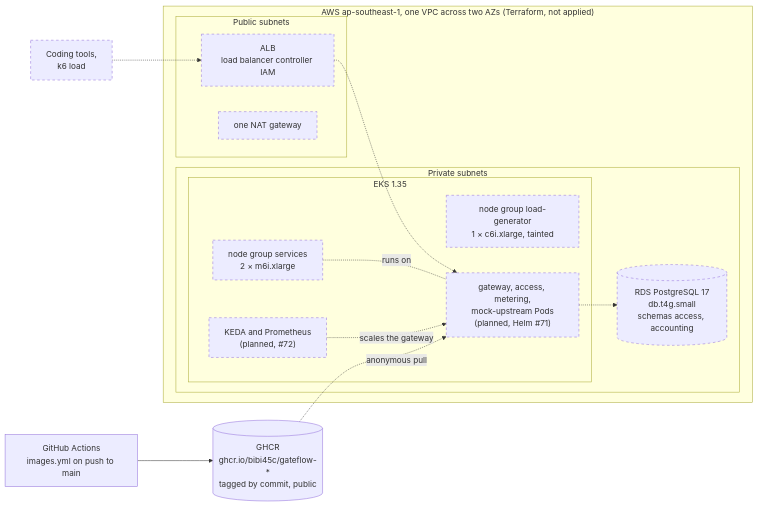
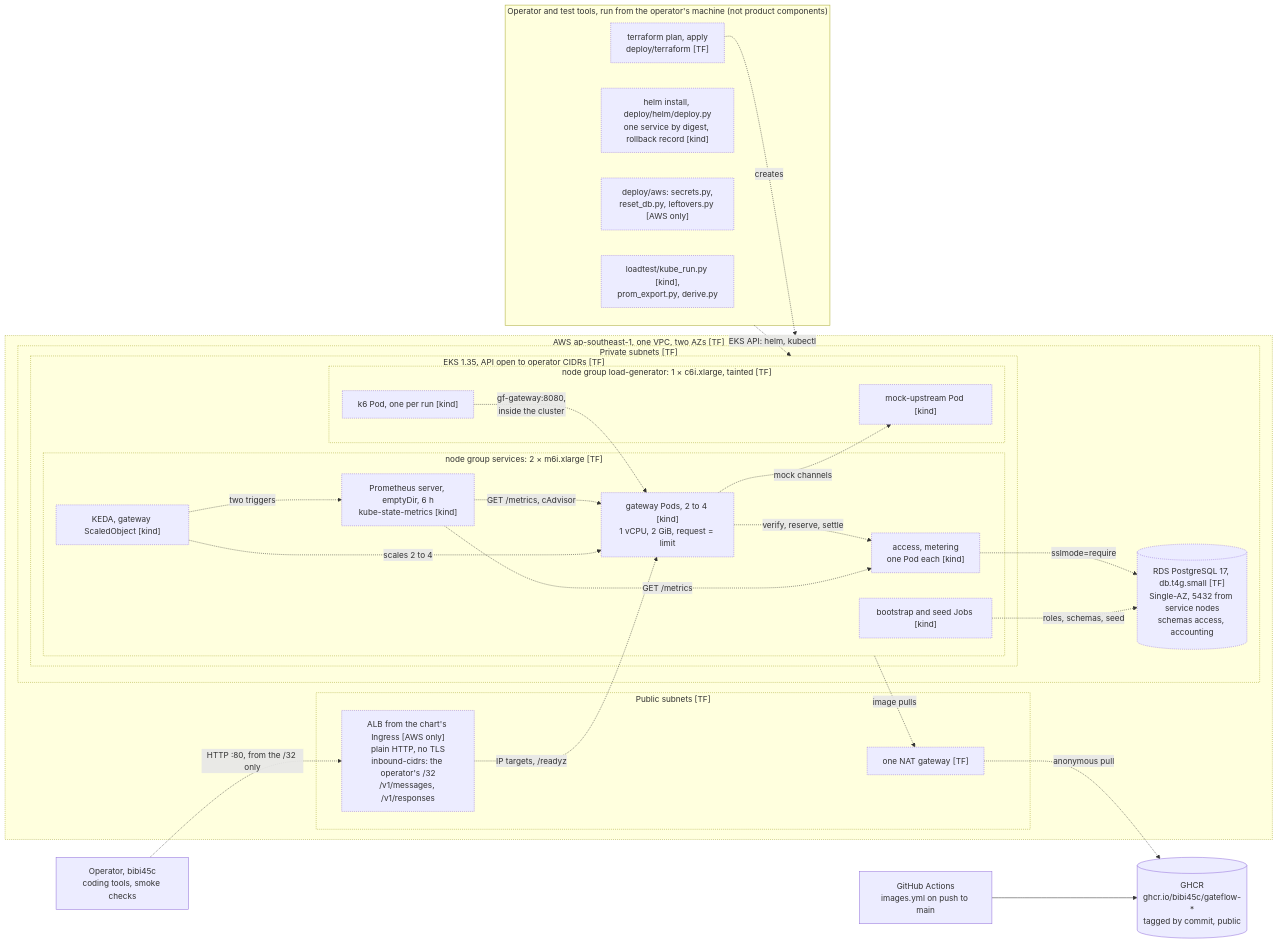
One commit to bibi45c/gateflow changed the fourth of 8 diagrams in docs/diagrams/as-built.md. Above: the diagram before and after it, drawn with Mermaid. The commit also changed other lines of this file, not shown here.

First line of the commit message:
docs(docs): update the as-built views to main at 467167c

````diff
--- a/docs/diagrams/as-built.md
+++ b/docs/diagrams/as-built.md
@@ -234,31 +261,63 @@
 ```mermaid
 flowchart LR
-  T["Coding tools,<br/>k6 load"] -.-> ALB
-  subgraph aws["AWS ap-southeast-1, one VPC across two AZs (Terraform, not applied)"]
-    subgraph pub["Public subnets"]
-      ALB["ALB<br/>load balancer controller IAM"]
-      NAT["one NAT gateway"]
+  OPR["Operator, bibi45c<br/>coding tools, smoke checks"]
+
+  subgraph ops["Operator and test tools, run from the operator's machine (not product components)"]
+    TFC["terraform plan, apply<br/>deploy/terraform [TF]"]
+    DEP["helm install, deploy/helm/deploy.py<br/>one service by digest, rollback record [kind]"]
+    AWSS["deploy/aws: secrets.py,<br/>reset_db.py, leftovers.py [AWS only]"]
+    LT["loadtest/kube_run.py [kind],<br/>prom_export.py, derive.py"]
+  end
+
+  subgraph aws["AWS ap-southeast-1, one VPC, two AZs [TF]"]
+    subgraph pub["Public subnets [TF]"]
+      ALB["ALB from the chart's Ingress [AWS only]<br/>plain HTTP, no TLS<br/>inbound-cidrs: the operator's /32<br/>/v1/messages, /v1/responses"]
+      NAT["one NAT gateway [TF]"]
     end
-    subgraph priv["Private subnets"]
-      subgraph eks["EKS 1.35"]
-        SVC["node group services<br/>2 × m6i.xlarge"]
-        GEN["node group load-generator<br/>1 × c6i.xlarge, tainted"]
-        PODS["gateway, access, metering,<br/>mock-upstream Pods<br/>(planned, Helm #71)"]
-        KEDA["KEDA and Prometheus<br/>(planned, #72)"]
+    subgraph priv["Private subnets [TF]"]
+      subgraph eks["EKS 1.35, API open to operator CIDRs [TF]"]
+        subgraph svc["node group services: 2 × m6i.xlarge [TF]"]
+          GW["gateway Pods, 2 to 4 [kind]<br/>1 vCPU, 2 GiB, request = limit"]
+          ACM["access, metering<br/>one Pod each [kind]"]
+          JOB["bootstrap and seed Jobs [kind]"]
+          PROM["Prometheus server, emptyDir, 6 h<br/>kube-state-metrics [kind]"]
+          KEDA["KEDA, gateway ScaledObject [kind]"]
+        end
+        subgraph gen["node group load-generator: 1 × c6i.xlarge, tainted [TF]"]
+          MU["mock-upstream Pod [kind]"]
+          K6["k6 Pod, one per run [kind]"]
+        end
       end
-      RDS[("RDS PostgreSQL 17<br/>db.t4g.small<br/>schemas access, accounting")]
+      RDS[("RDS PostgreSQL 17, db.t4g.small [TF]<br/>Single-AZ, 5432 from service nodes<br/>schemas access, accounting")]
     end
   end
+
+  GA["GitHub Actions<br/>images.yml on push to main"]
   GHCR[("GHCR<br/>ghcr.io/bibi45c/gateflow-*<br/>tagged by commit, public")]
-  GA["GitHub Actions<br/>images.yml on push to main"]
 
-  ALB -.-> PODS
-  PODS -.-> RDS
-  SVC -.-|"runs on"| PODS
-  KEDA -.->|"scales the gateway"| PODS
+  OPR -.->|"HTTP :80, from the /32 only"| ALB
+  ALB -.->|"IP targets, /readyz"| GW
+  GW -.->|"verify, reserve, settle"| ACM
+  GW -.->|"mock channels"| MU
+  K6 -.->|"gf-gateway:8080,<br/>inside the cluster"| GW
+  ACM -.->|"sslmode=require"| RDS
+  JOB -.->|"roles, schemas, seed"| RDS
+  PROM -.->|"GET /metrics, cAdvisor"| GW
+  PROM -.->|"GET /metrics"| ACM
+  KEDA -.->|"two triggers"| PROM
+  KEDA -.->|"scales 2 to 4"| GW
+  TFC -.->|"creates"| aws
+  ops -.->|"EKS API: helm, kubectl"| eks
   GA --> GHCR
-  GHCR -.->|"anonymous pull"| PODS
+  svc -.->|"image pulls"| NAT
+  NAT -.->|"anonymous pull"| GHCR
 
-  classDef planned stroke-dasharray:5 5
-  class ALB,NAT,SVC,GEN,RDS,PODS,KEDA,T planned
+  classDef notrun stroke-dasharray:2 2
+  class TFC,DEP,AWSS,LT,ALB,NAT,GW,ACM,JOB,PROM,KEDA,MU,K6,RDS notrun
+  style aws stroke-dasharray:2 2
+  style pub stroke-dasharray:2 2
+  style priv stroke-dasharray:2 2
+  style eks stroke-dasharray:2 2
+  style svc stroke-dasharray:2 2
+  style gen stroke-dasharray:2 2
 ```
````
